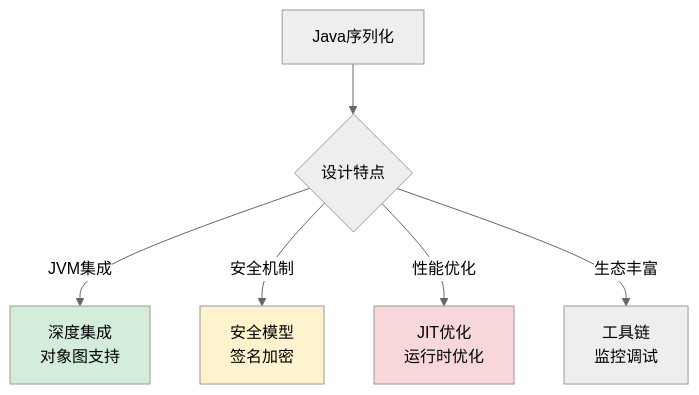
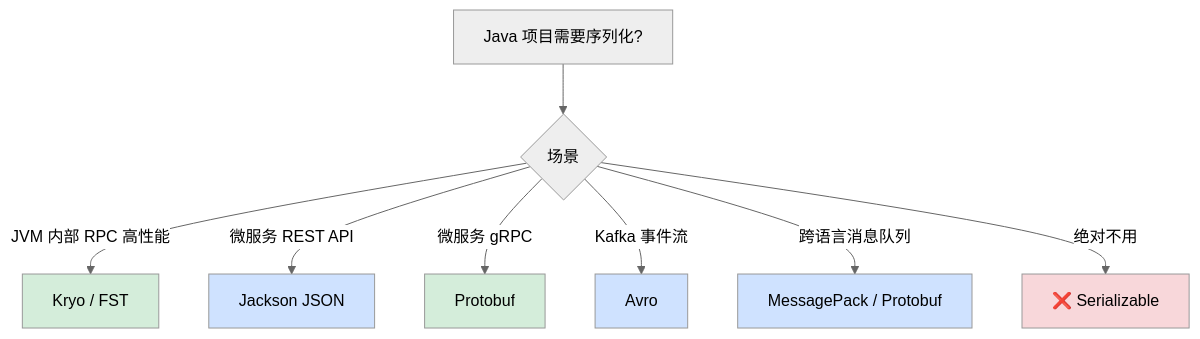
One commit to chongyang211/YCBookBlog changed diagram 21 of 26 in 00.通用技术的提升/02.程序编程原理/05.序列化数据的思想.md. Above: the diagram before and after it, drawn with Mermaid (neutral theme). The commit also changed other lines of this file and 5 other files, not shown here.

````diff
--- a/00.通用技术的提升/02.程序编程原理/05.序列化数据的思想.md
+++ b/00.通用技术的提升/02.程序编程原理/05.序列化数据的思想.md
@@ -2817,12 +2934,18 @@
 ```mermaid
-graph TB
-    A[Java序列化] --> B{设计特点}
-    B -->|JVM集成| C[深度集成<br/>对象图支持]
-    B -->|安全机制| D[安全模型<br/>签名加密]
-    B -->|性能优化| E[JIT优化<br/>运行时优化]
-    B -->|生态丰富| F[工具链<br/>监控调试]
+flowchart TD
+    A[Java 项目需要序列化?] --> B{场景}
     
+    B -->|JVM 内部 RPC 高性能| C[Kryo / FST]
+    B -->|微服务 REST API| D[Jackson JSON]
+    B -->|微服务 gRPC| E[Protobuf]
+    B -->|Kafka 事件流| F[Avro]
+    B -->|跨语言消息队列| G[MessagePack / Protobuf]
+    B -->|绝对不用| H[❌ Serializable]
+
     style C fill:#d4edda
-    style D fill:#fff3cd
-    style E fill:#f8d7da
+    style D fill:#cfe2ff
+    style E fill:#d4edda
+    style F fill:#cfe2ff
+    style G fill:#cfe2ff
+    style H fill:#f8d7da
 ```
````
